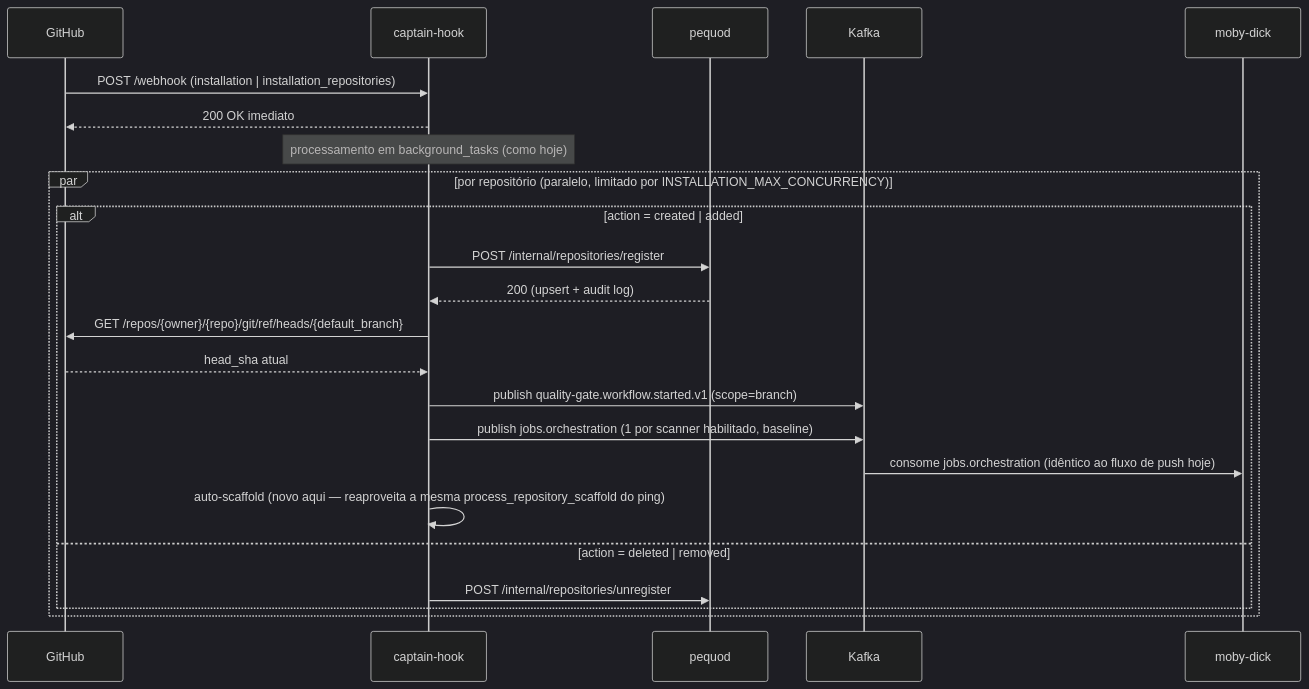
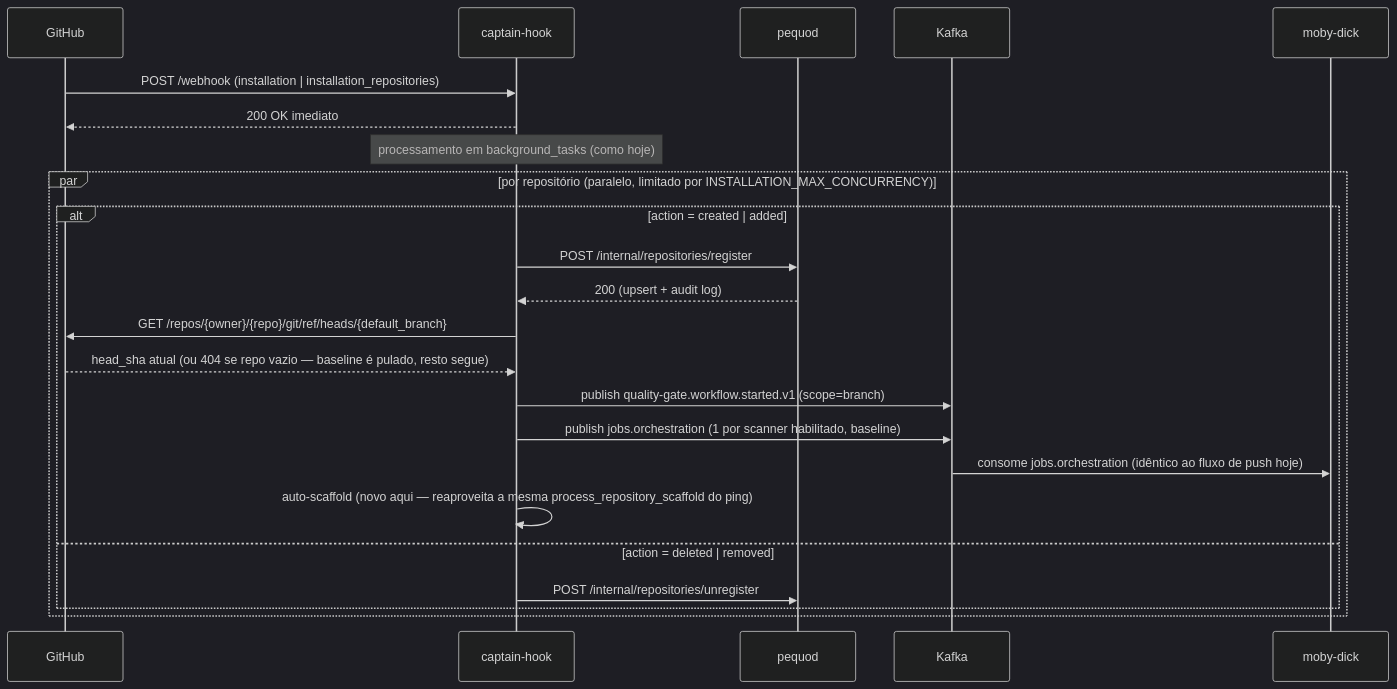
One commit to OdinEye-FIAP/aspm-docs changed the second of 2 diagrams in docs/design/ping-install-rest-migration.md. Above: the diagram before and after it, drawn with Mermaid (dark theme). The commit also changed other lines of this file, not shown here.

Commit message:
docs: corrige get_ref_sha p/ tratar repo vazio (404) + radar de suspend/unsuspend e rate limit do GitHub

````diff
--- a/docs/design/ping-install-rest-migration.md
+++ b/docs/design/ping-install-rest-migration.md
@@ -237,27 +261,27 @@
 ```mermaid
 sequenceDiagram
     participant GH as GitHub
     participant CH as captain-hook
     participant PQ as pequod
     participant K as Kafka
     participant MD as moby-dick
 
     GH->>CH: POST /webhook (installation | installation_repositories)
     CH-->>GH: 200 OK imediato
     Note over CH: processamento em background_tasks (como hoje)
 
     par por repositório (paralelo, limitado por INSTALLATION_MAX_CONCURRENCY)
         alt action = created | added
             CH->>PQ: POST /internal/repositories/register
             PQ-->>CH: 200 (upsert + audit log)
             CH->>GH: GET /repos/{owner}/{repo}/git/ref/heads/{default_branch}
-            GH-->>CH: head_sha atual
+            GH-->>CH: head_sha atual (ou 404 se repo vazio — baseline é pulado, resto segue)
             CH->>K: publish quality-gate.workflow.started.v1 (scope=branch)
             CH->>K: publish jobs.orchestration (1 por scanner habilitado, baseline)
             K->>MD: consome jobs.orchestration (idêntico ao fluxo de push hoje)
             CH->>CH: auto-scaffold (novo aqui — reaproveita a mesma process_repository_scaffold do ping)
         else action = deleted | removed
             CH->>PQ: POST /internal/repositories/unregister
         end
     end
 ```
````
